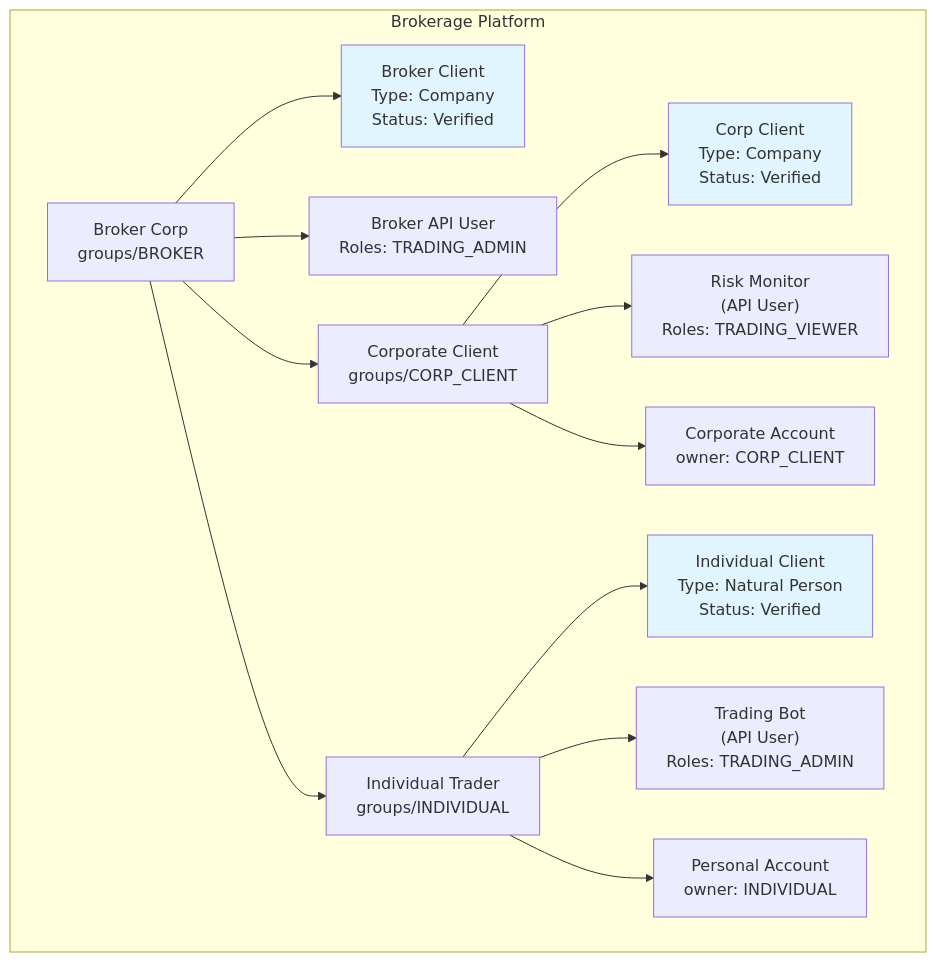
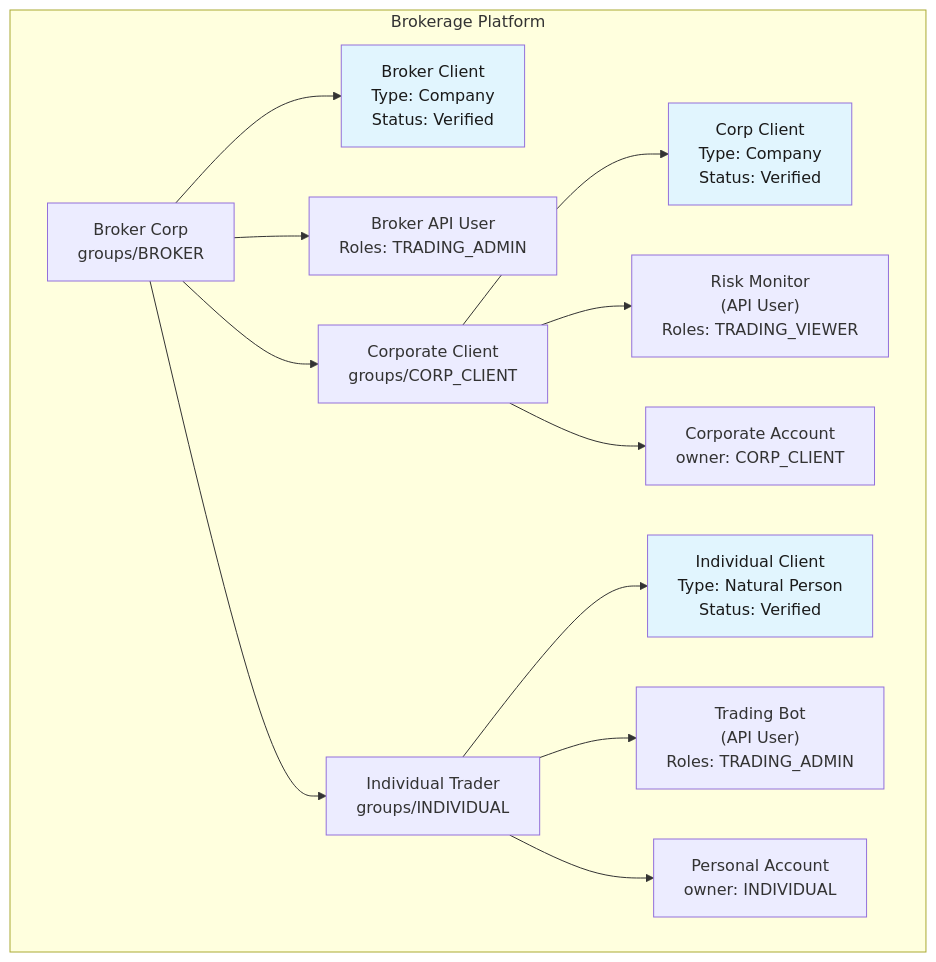
The third of 3 diagrams in docs/docs/access-control/index.mdx (meshtrade/api), drawn with Mermaid before and after one commit. The commit also changed other lines of this file and 7 other files, not shown here.

````diff
--- a/docs/docs/access-control/index.mdx
+++ b/docs/docs/access-control/index.mdx
@@ -221,33 +221,33 @@
 ```mermaid
 graph TD
     subgraph "Brokerage Platform"
         Broker["Broker Corp<br/>groups/BROKER"]
         BrokerClient["Broker Client<br/>Type: Company<br/>Status: Verified"]
         BrokerBot["Broker API User<br/>Roles: TRADING_ADMIN"]
 
         Corp["Corporate Client<br/>groups/CORP_CLIENT"]
         CorpClient["Corp Client<br/>Type: Company<br/>Status: Verified"]
         CorpBot["Risk Monitor<br/>(API User)<br/>Roles: TRADING_VIEWER"]
         CorpAccount["Corporate Account<br/>owner: CORP_CLIENT"]
 
         Individual["Individual Trader<br/>groups/INDIVIDUAL"]
         IndClient["Individual Client<br/>Type: Natural Person<br/>Status: Verified"]
         IndBot["Trading Bot<br/>(API User)<br/>Roles: TRADING_ADMIN"]
         IndAccount["Personal Account<br/>owner: INDIVIDUAL"]
 
         Broker --> BrokerClient
         Broker --> BrokerBot
         Broker --> Corp
         Broker --> Individual
         Corp --> CorpClient
         Corp --> CorpBot
         Corp --> CorpAccount
         Individual --> IndClient
         Individual --> IndBot
         Individual --> IndAccount
     end
 
-    style BrokerClient fill:#e1f5fe
-    style CorpClient fill:#e1f5fe
-    style IndClient fill:#e1f5fe
+    style BrokerClient fill:#e1f5fe,color:#1a1a1a
+    style CorpClient fill:#e1f5fe,color:#1a1a1a
+    style IndClient fill:#e1f5fe,color:#1a1a1a
 ```
````
